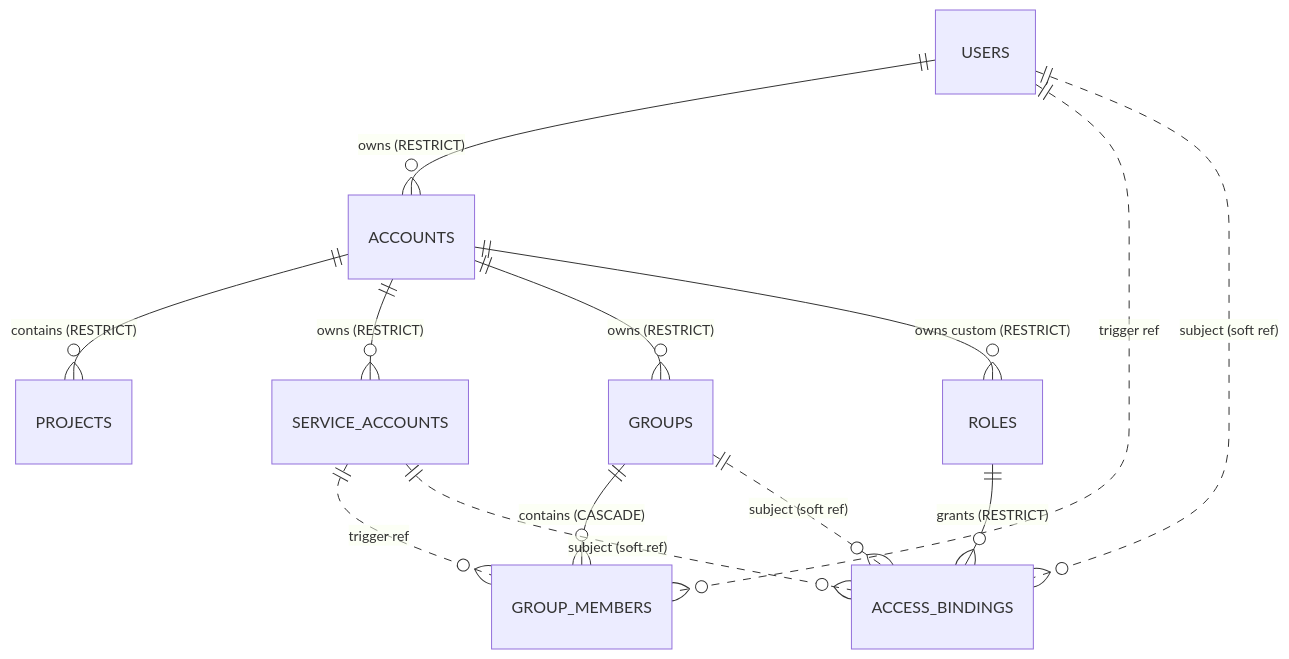
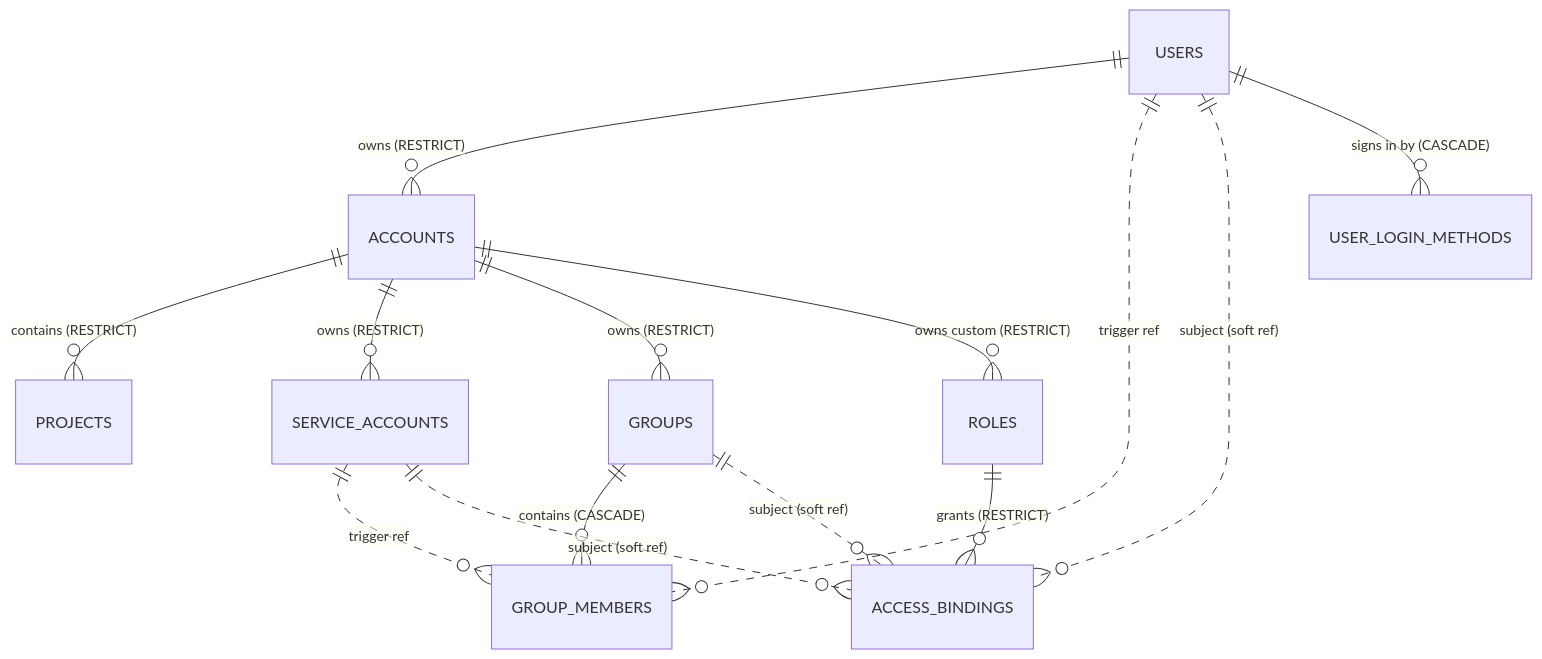
One commit to PRO-Robotech/kaname changed the diagram in docs/engineering/architecture/er-diagram.md. Above: the diagram before and after it, drawn with Mermaid. The commit also changed other lines of this file and 8 other files, not shown here.

````diff
--- a/docs/engineering/architecture/er-diagram.md
+++ b/docs/engineering/architecture/er-diagram.md
@@ -7,15 +7,16 @@
 ```mermaid
 erDiagram
     USERS ||--o{ ACCOUNTS : "owns (RESTRICT)"
     ACCOUNTS ||--o{ PROJECTS : "contains (RESTRICT)"
     ACCOUNTS ||--o{ SERVICE_ACCOUNTS : "owns (RESTRICT)"
     ACCOUNTS ||--o{ GROUPS : "owns (RESTRICT)"
     ACCOUNTS ||--o{ ROLES : "owns custom (RESTRICT)"
     GROUPS ||--o{ GROUP_MEMBERS : "contains (CASCADE)"
     USERS ||..o{ GROUP_MEMBERS : "trigger ref"
     SERVICE_ACCOUNTS ||..o{ GROUP_MEMBERS : "trigger ref"
     ROLES ||--o{ ACCESS_BINDINGS : "grants (RESTRICT)"
     USERS ||..o{ ACCESS_BINDINGS : "subject (soft ref)"
     SERVICE_ACCOUNTS ||..o{ ACCESS_BINDINGS : "subject (soft ref)"
     GROUPS ||..o{ ACCESS_BINDINGS : "subject (soft ref)"
+    USERS ||--o{ USER_LOGIN_METHODS : "signs in by (CASCADE)"
 ```
````
